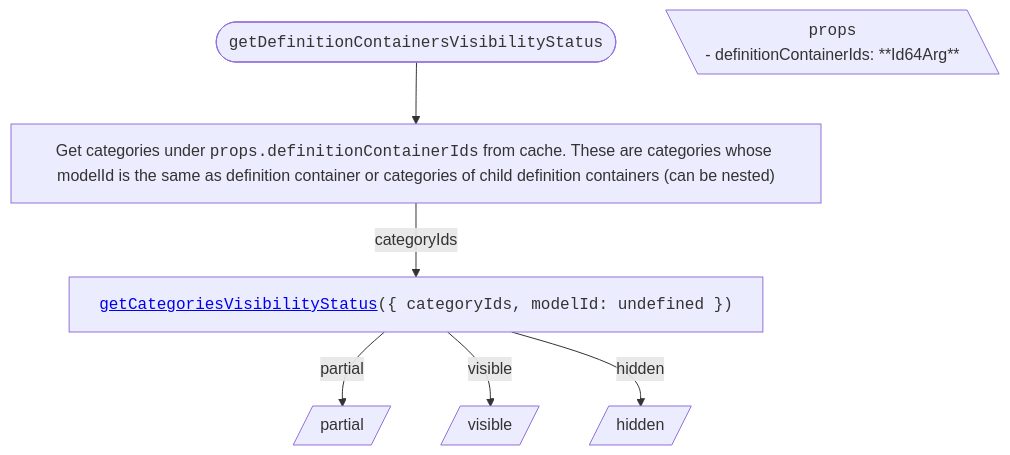
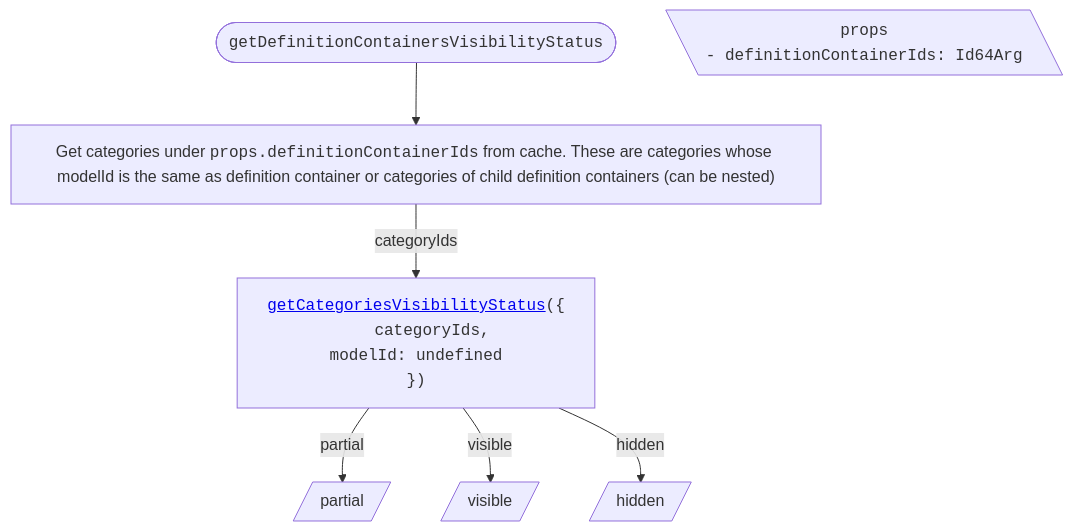
Before and after one commit to iTwin/viewer-components-react: the first of 4 diagrams in packages/itwin/tree-widget/docs/CategoriesTreeVisibilityHandling.md, drawn with Mermaid. The commit also changed other lines of this file and 4 other files, not shown here.

````diff
--- a/packages/itwin/tree-widget/docs/CategoriesTreeVisibilityHandling.md
+++ b/packages/itwin/tree-widget/docs/CategoriesTreeVisibilityHandling.md
@@ -28,28 +28,31 @@
 ```mermaid
 ---
 config:
   flowchart:
     wrappingWidth: 750
     useMaxWidth: false
 ---
 
 flowchart TD
   RESULT_Partial[/partial/]
   RESULT_Visible[/visible/]
   RESULT_Hidden[/hidden/]
 
   %% Start
   TITLE(["<code>getDefinitionContainersVisibilityStatus</code>"]) --> A["Get categories under <code>props.definitionContainerIds</code> from cache. These are categories whose modelId is the same as definition container or categories of child definition containers (can be nested)"]
 
   PROPS[\"
     <code>props</code>
-    <div style='text-align: left;'>- definitionContainerIds: **Id64Arg**</div>
+    <code style='text-align: left;'>- definitionContainerIds: Id64Arg</code>
   "\]
 
-  A -- categoryIds --> B["<code><a href='./SharedVisibilityHandling.md#getcategoriesvisibilitystatus'>getCategoriesVisibilityStatus</a>({ categoryIds, modelId: undefined })</code>"]
+  A -- categoryIds --> B["<code style='text-align: left;'><a href='./SharedVisibilityHandling.md#getcategoriesvisibilitystatus'>getCategoriesVisibilityStatus</a>({
+    <code style='padding-left: 2rem'>categoryIds,
+    modelId: undefined</code>
+  })</code>"]
 
   %% Results
   B -- partial --> RESULT_Partial
   B -- visible --> RESULT_Visible
   B -- hidden --> RESULT_Hidden
 ```
````
